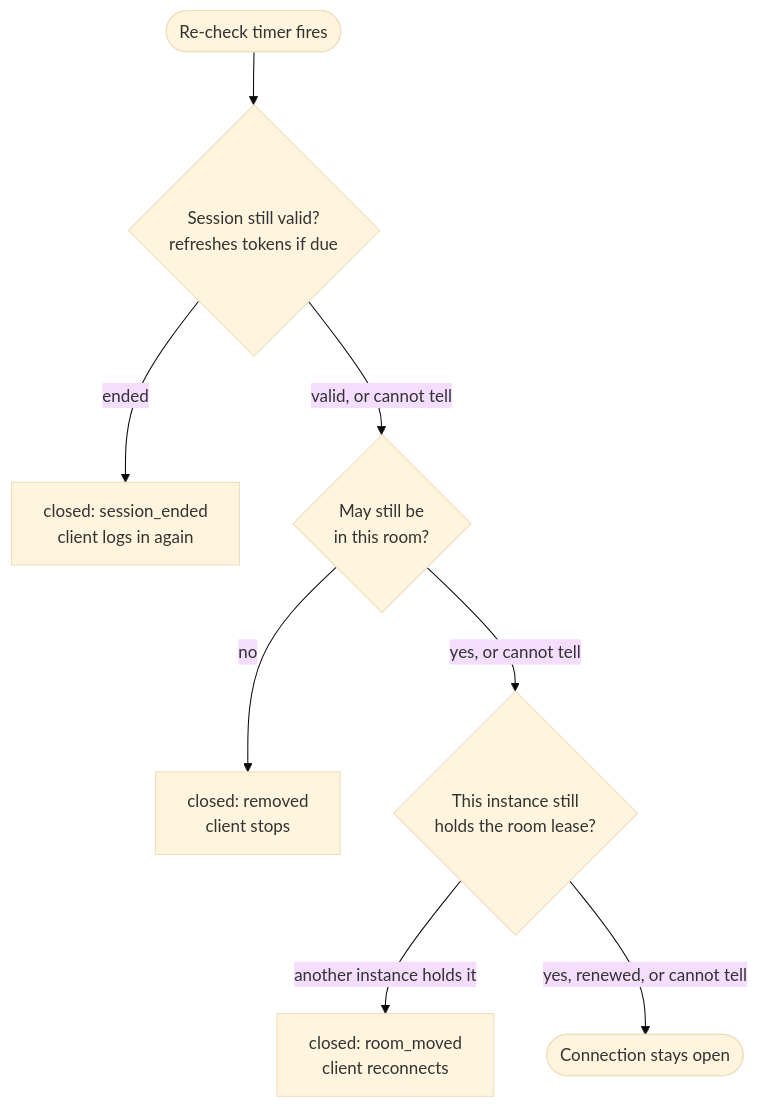
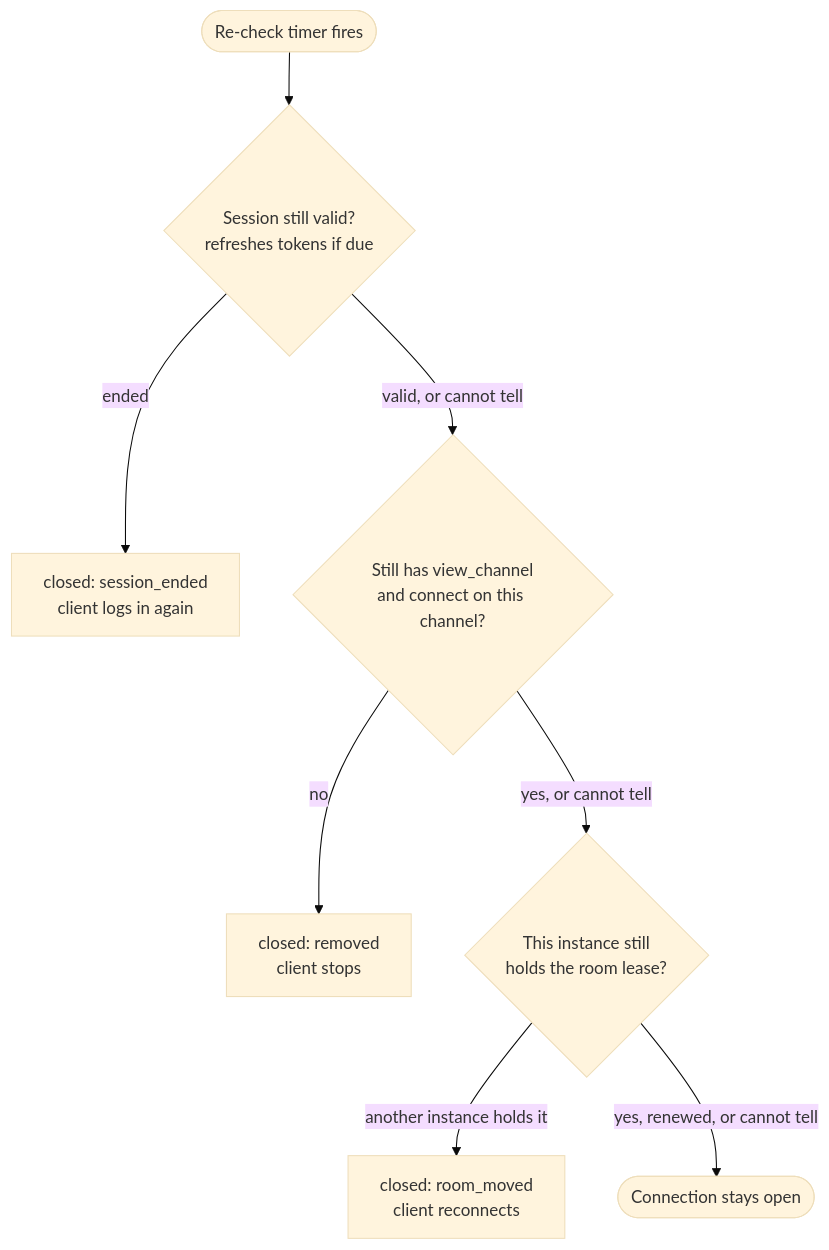
Diagram 12 of 18 in docs/architecture.md (Jonohas/melior), drawn with Mermaid (base theme) before and after one commit. The commit also changed other lines of this file and 2 other files, not shown here.

````diff
--- a/docs/architecture.md
+++ b/docs/architecture.md
@@ -421,10 +472,10 @@
 ```mermaid
 flowchart TD
     tick(["Re-check timer fires"]) --> session{"Session still valid?<br/>refreshes tokens if due"}
     session -- "ended" --> c1["closed: session_ended<br/>client logs in again"]
-    session -- "valid, or cannot tell" --> access{"May still be<br/>in this room?"}
+    session -- "valid, or cannot tell" --> access{"Still has view_channel<br/>and connect on this channel?"}
     access -- "no" --> c2["closed: removed<br/>client stops"]
     access -- "yes, or cannot tell" --> lease{"This instance still<br/>holds the room lease?"}
     lease -- "another instance holds it" --> c3["closed: room_moved<br/>client reconnects"]
     lease -- "yes, renewed, or cannot tell" --> stay(["Connection stays open"])
 ```
````
